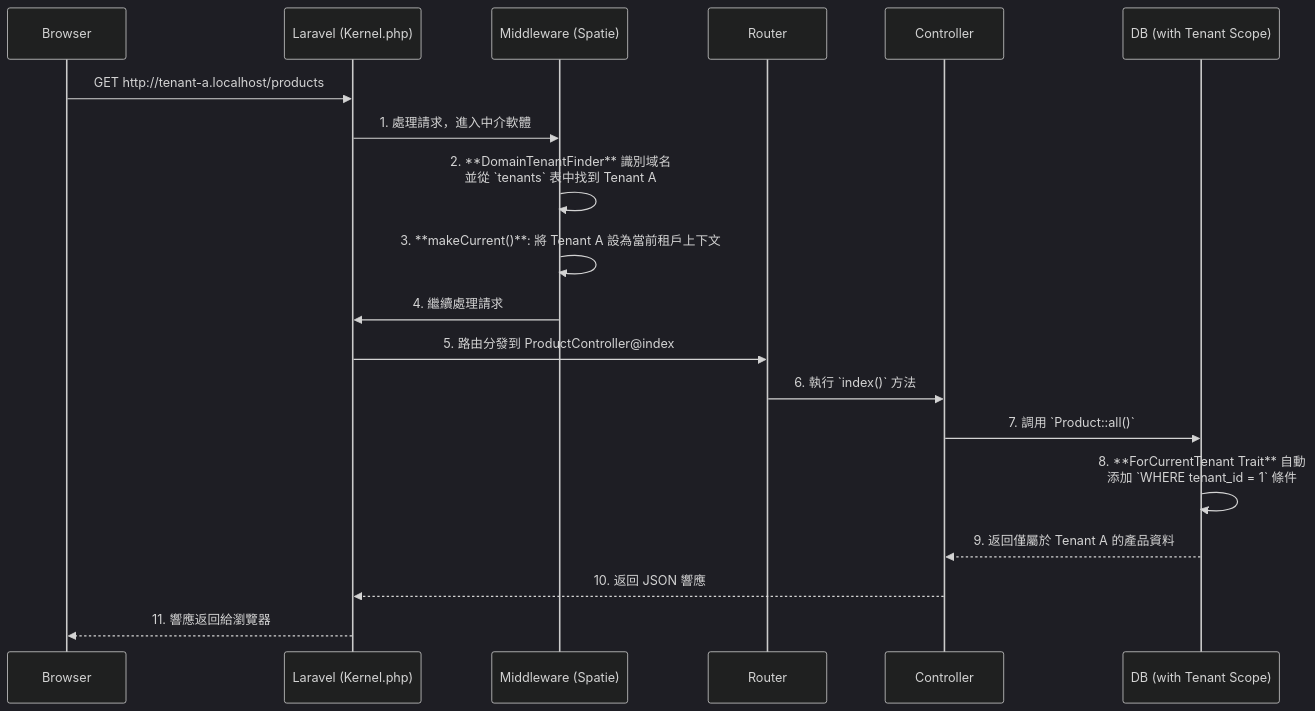
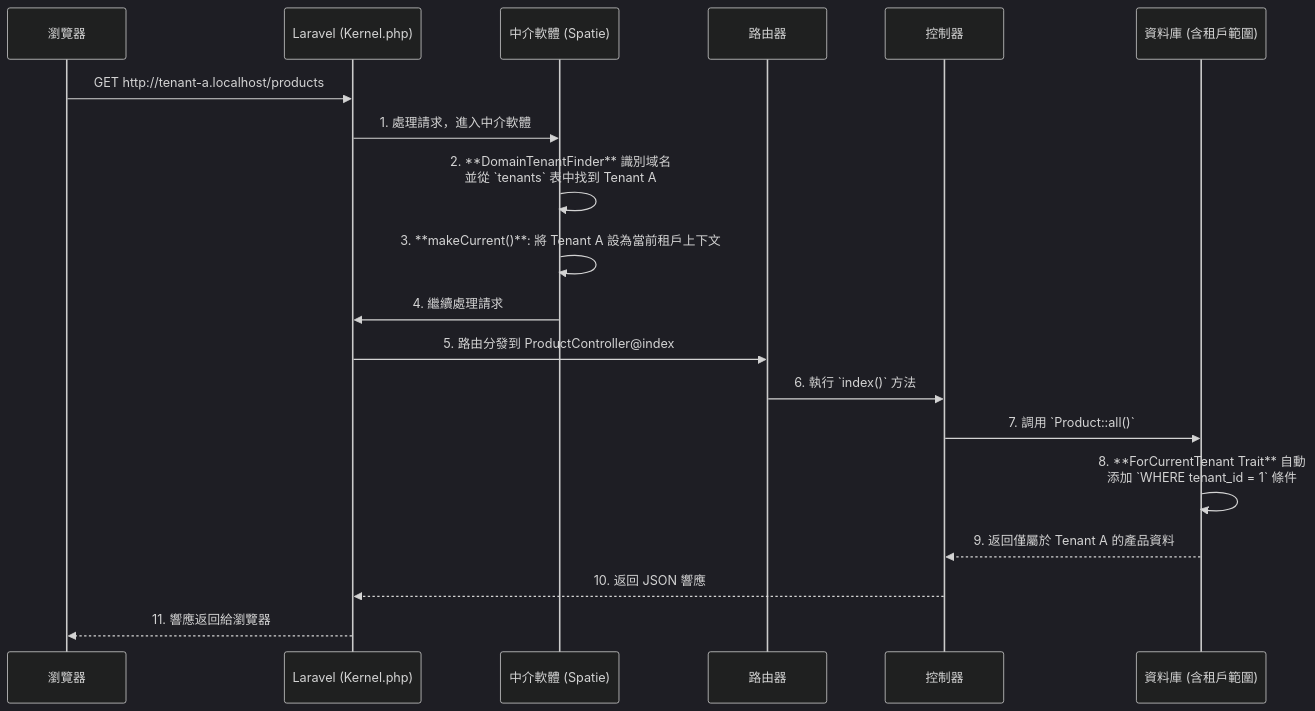
Before and after one commit to BpsEason/laravel_saas_boilerplate: the second of 2 diagrams in README.md, drawn with Mermaid (dark theme). The commit also changed other lines of this file, not shown here.

````diff
--- a/README.md
+++ b/README.md
@@ -191,22 +260,22 @@
 ```mermaid
 sequenceDiagram
-    participant B as Browser
+    participant B as 瀏覽器
     participant L as Laravel (Kernel.php)
-    participant M as Middleware (Spatie)
-    participant R as Router
-    participant C as Controller
-    participant D as DB (with Tenant Scope)
+    participant M as 中介軟體 (Spatie)
+    participant R as 路由器
+    participant C as 控制器
+    participant D as 資料庫 (含租戶範圍)
 
     B->>L: GET http://tenant-a.localhost/products
     L->>M: 1. 處理請求，進入中介軟體
     M->>M: 2. **DomainTenantFinder** 識別域名<br/>並從 `tenants` 表中找到 Tenant A
     M->>M: 3. **makeCurrent()**: 將 Tenant A 設為當前租戶上下文
     M->>L: 4. 繼續處理請求
     L->>R: 5. 路由分發到 ProductController@index
     R->>C: 6. 執行 `index()` 方法
     C->>D: 7. 調用 `Product::all()`
     D->>D: 8. **ForCurrentTenant Trait** 自動<br/>添加 `WHERE tenant_id = 1` 條件
     D-->>C: 9. 返回僅屬於 Tenant A 的產品資料
     C-->>L: 10. 返回 JSON 響應
     L-->>B: 11. 響應返回給瀏覽器
 ```
````
